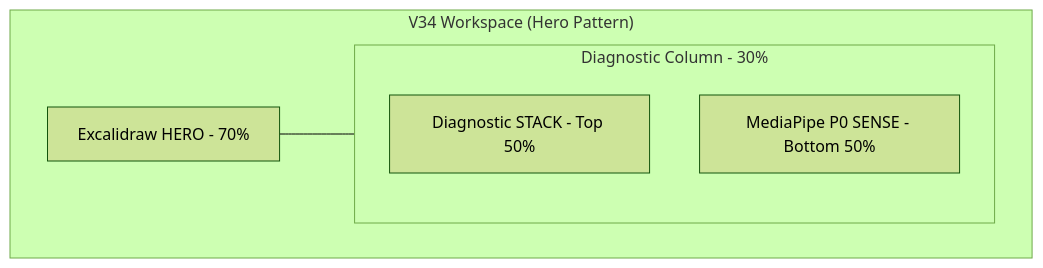
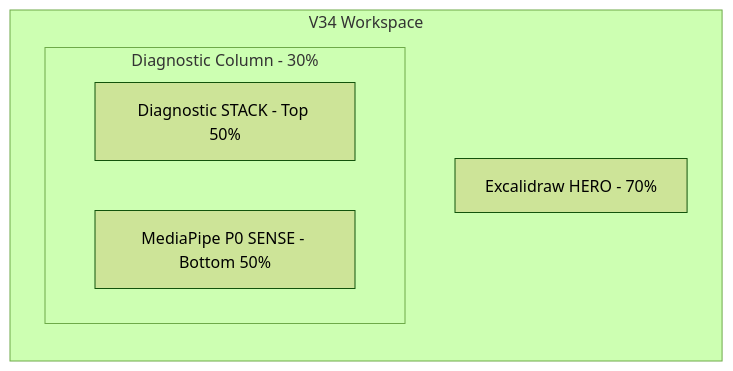
The first of 4 diagrams in hfo_hot_obsidian/bronze/2_areas/mission_thread_omega/omega_workspace_v34_analysis.md (TTaoGaming/hfo-gen-88-chromebook-v1), drawn with Mermaid (forest theme) before and after one commit. The commit also changed other lines of this file, not shown here.

Commit message:
docs(omega): fix mermaid syntax in v34 analysis

````diff
--- a/hfo_hot_obsidian/bronze/2_areas/mission_thread_omega/omega_workspace_v34_analysis.md
+++ b/hfo_hot_obsidian/bronze/2_areas/mission_thread_omega/omega_workspace_v34_analysis.md
@@ -13,12 +13,10 @@
 ```mermaid
-graph TD
-    subgraph Workspace["V34 Workspace (Hero Pattern)"]
-        direction LR
-        L[Excalidraw HERO - 70%] --- R
-        subgraph R["Diagnostic Column - 30%"]
-            direction TB
+graph LR
+    subgraph "V34 Workspace"
+        H[Excalidraw HERO - 70%]
+        subgraph "Diagnostic Column - 30%"
             RT[Diagnostic STACK - Top 50%]
             RB[MediaPipe P0 SENSE - Bottom 50%]
         end
     end
 ```
````
